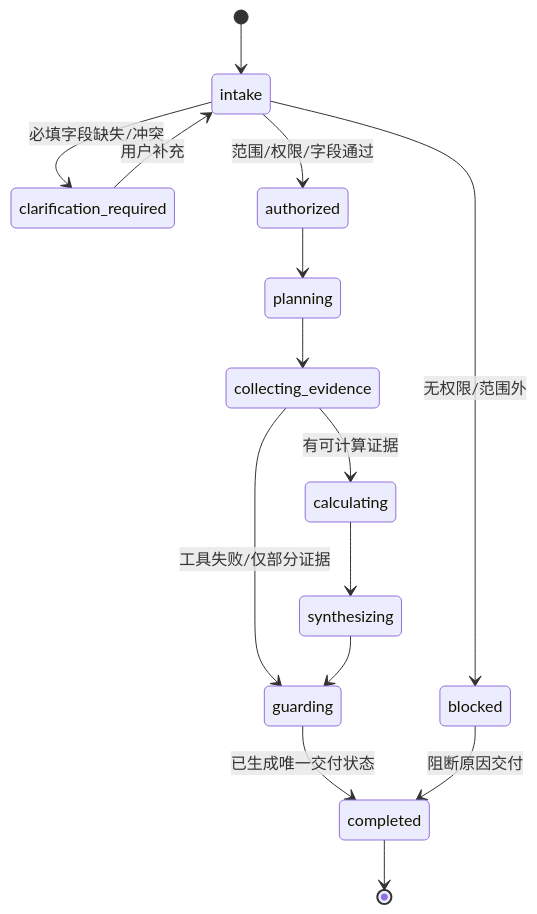
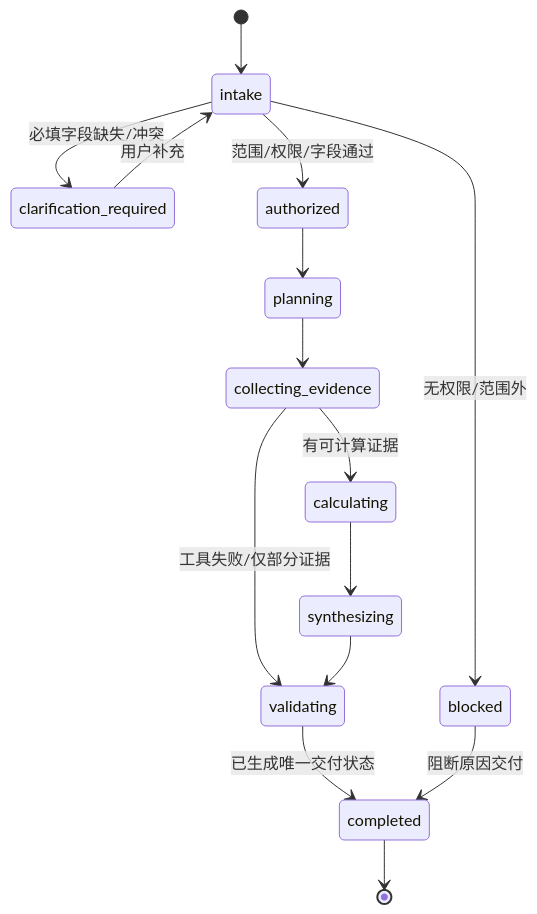
One commit to linkaka970105/ai-pm-adops-copilot changed the second of 3 diagrams in 03_prd/adops_attribution_layered_prd_v5/02-solution.md. Above: the diagram before and after it, drawn with Mermaid. The commit also changed other lines of this file and 3 other files, not shown here.

````diff
--- a/03_prd/adops_attribution_layered_prd_v5/02-solution.md
+++ b/03_prd/adops_attribution_layered_prd_v5/02-solution.md
@@ -194,17 +192,17 @@
 ```mermaid
 stateDiagram-v2
   [*] --> intake
   intake --> clarification_required: 必填字段缺失/冲突
   clarification_required --> intake: 用户补充
   intake --> blocked: 无权限/范围外
   intake --> authorized: 范围/权限/字段通过
   authorized --> planning
   planning --> collecting_evidence
   collecting_evidence --> calculating: 有可计算证据
-  collecting_evidence --> guarding: 工具失败/仅部分证据
+  collecting_evidence --> validating: 工具失败/仅部分证据
   calculating --> synthesizing
-  synthesizing --> guarding
-  guarding --> completed: 已生成唯一交付状态
+  synthesizing --> validating
+  validating --> completed: 已生成唯一交付状态
   blocked --> completed: 阻断原因交付
   completed --> [*]
 ```
````
